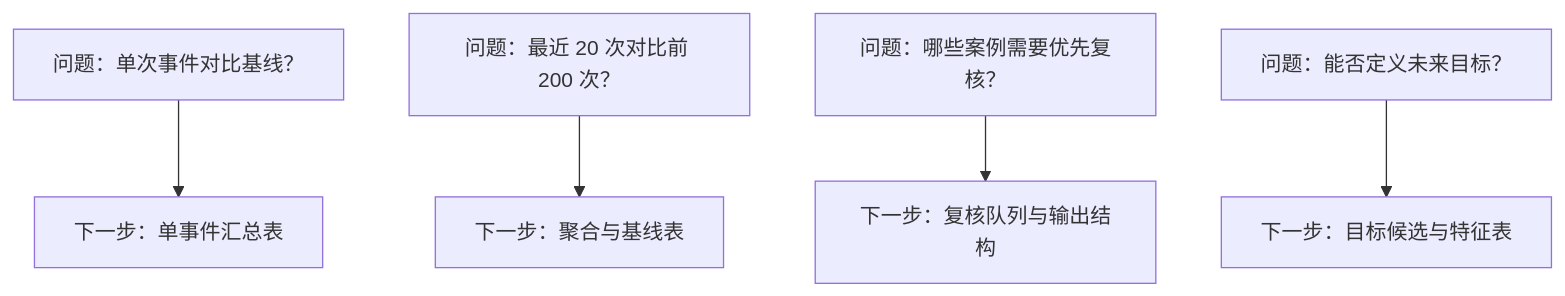
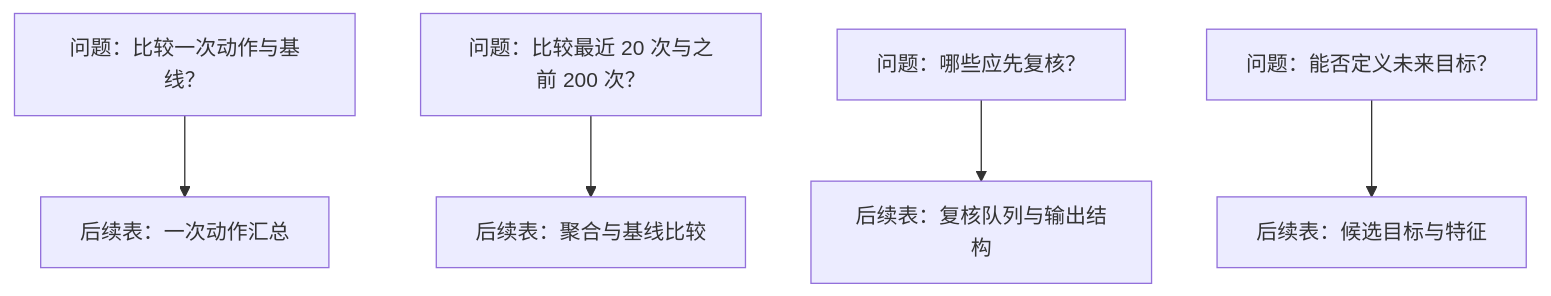
One commit to devchan64/AiBook changed the diagram in docs/assets/part-03/chapter-01/p3-1-3-mermaid-01-zh.mmd. Above: the diagram before and after it, drawn with Mermaid. The commit also changed 21 other files, not shown here.

```diff
--- a/docs/assets/part-03/chapter-01/p3-1-3-mermaid-01-zh.mmd
+++ b/docs/assets/part-03/chapter-01/p3-1-3-mermaid-01-zh.mmd
@@ -1,5 +1,5 @@
 flowchart TD
-    A[问题：单次事件对比基线？] --> A1[下一步：单事件汇总表]
-    B[问题：最近 20 次对比前 200 次？] --> B1[下一步：聚合与基线表]
-    C[问题：哪些案例需要优先复核？] --> C1[下一步：复核队列与输出结构]
-    D[问题：能否定义未来目标？] --> D1[下一步：目标候选与特征表]
+    A["问题：比较一次动作与基线？"] --> A1["后续表：一次动作汇总"]
+    B["问题：比较最近 20 次与之前 200 次？"] --> B1["后续表：聚合与基线比较"]
+    C["问题：哪些应先复核？"] --> C1["后续表：复核队列与输出结构"]
+    D["问题：能否定义未来目标？"] --> D1["后续表：候选目标与特征"]
```
